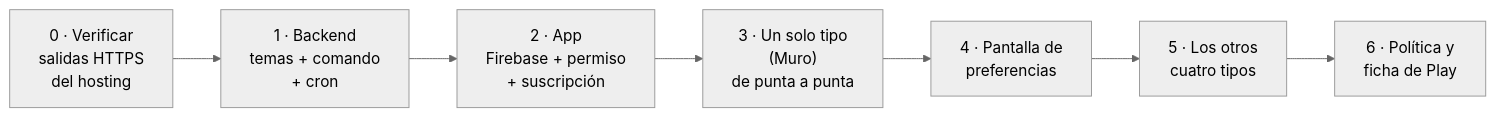
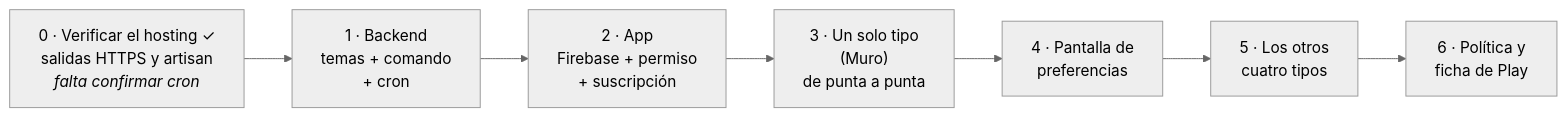
One commit to bluesky777/myvc_flutter changed the second of 2 diagrams in docs/notificaciones.md. Above: the diagram before and after it, drawn with Mermaid (neutral theme). The commit also changed other lines of this file and 2 other files, not shown here.

````diff
--- a/docs/notificaciones.md
+++ b/docs/notificaciones.md
@@ -229,9 +271,9 @@
 ```mermaid
 flowchart LR
-    V["0 · Verificar<br/>salidas HTTPS<br/>del hosting"] --> B["1 · Backend<br/>temas + comando<br/>+ cron"]
+    V["0 · Verificar el hosting ✓<br/>salidas HTTPS y artisan<br/><i>falta confirmar cron</i>"] --> B["1 · Backend<br/>temas + comando<br/>+ cron"]
     B --> A["2 · App<br/>Firebase + permiso<br/>+ suscripción"]
     A --> T["3 · Un solo tipo<br/>(Muro)<br/>de punta a punta"]
     T --> P["4 · Pantalla de<br/>preferencias"]
     P --> R["5 · Los otros<br/>cuatro tipos"]
     R --> D["6 · Política y<br/>ficha de Play"]
 ```
````
